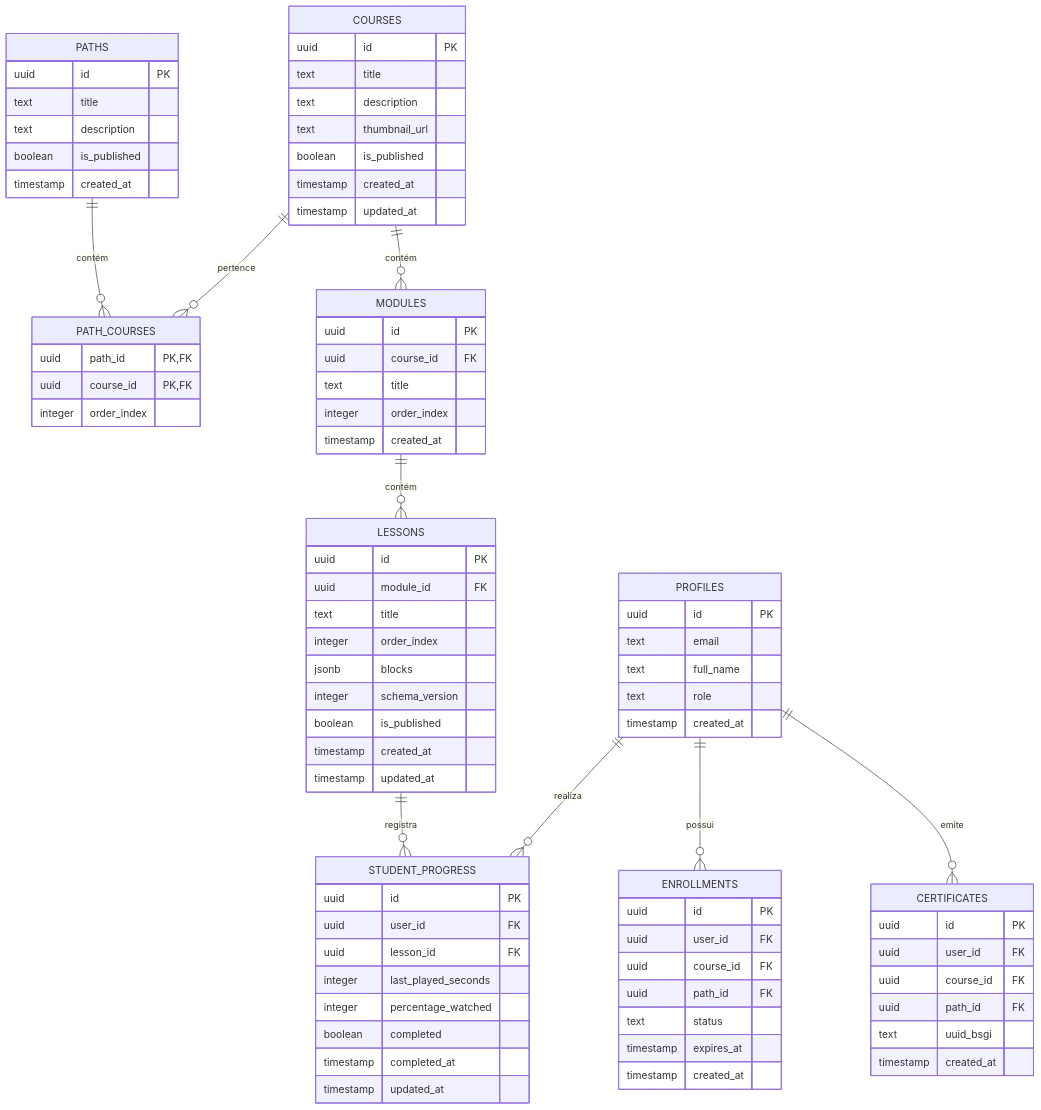
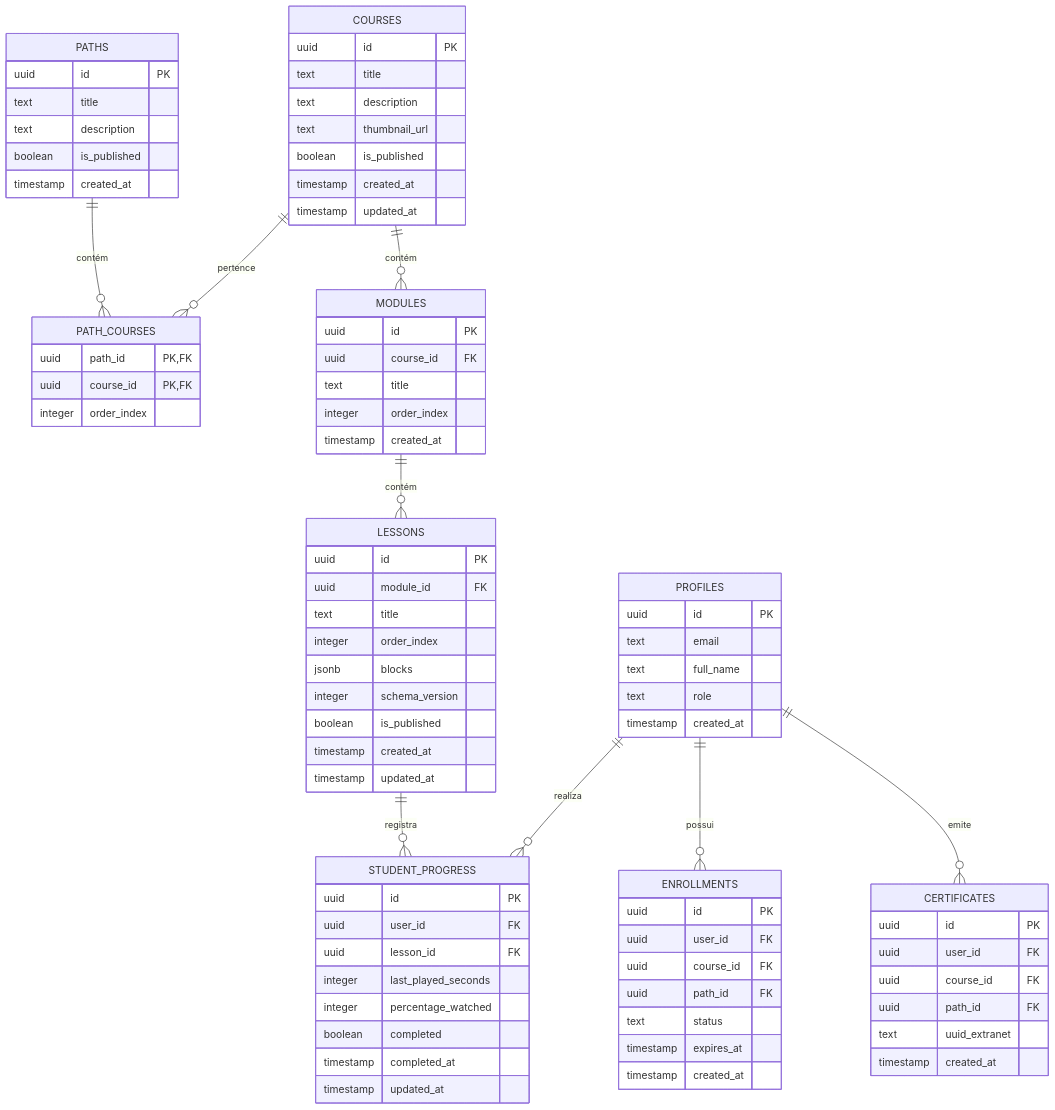
Before and after one commit to ednosmab/course-platform: the diagram in docs/layers/supabase/database_schema_plan.md, drawn with Mermaid. The commit also changed other lines of this file and 3 other files, not shown here.

````diff
--- a/docs/layers/supabase/database_schema_plan.md
+++ b/docs/layers/supabase/database_schema_plan.md
@@ -96,7 +96,7 @@
         uuid user_id FK
         uuid course_id FK
         uuid path_id FK
-        text uuid_bsgi
+        text uuid_extranet
         timestamp created_at
     }
 ```
````
